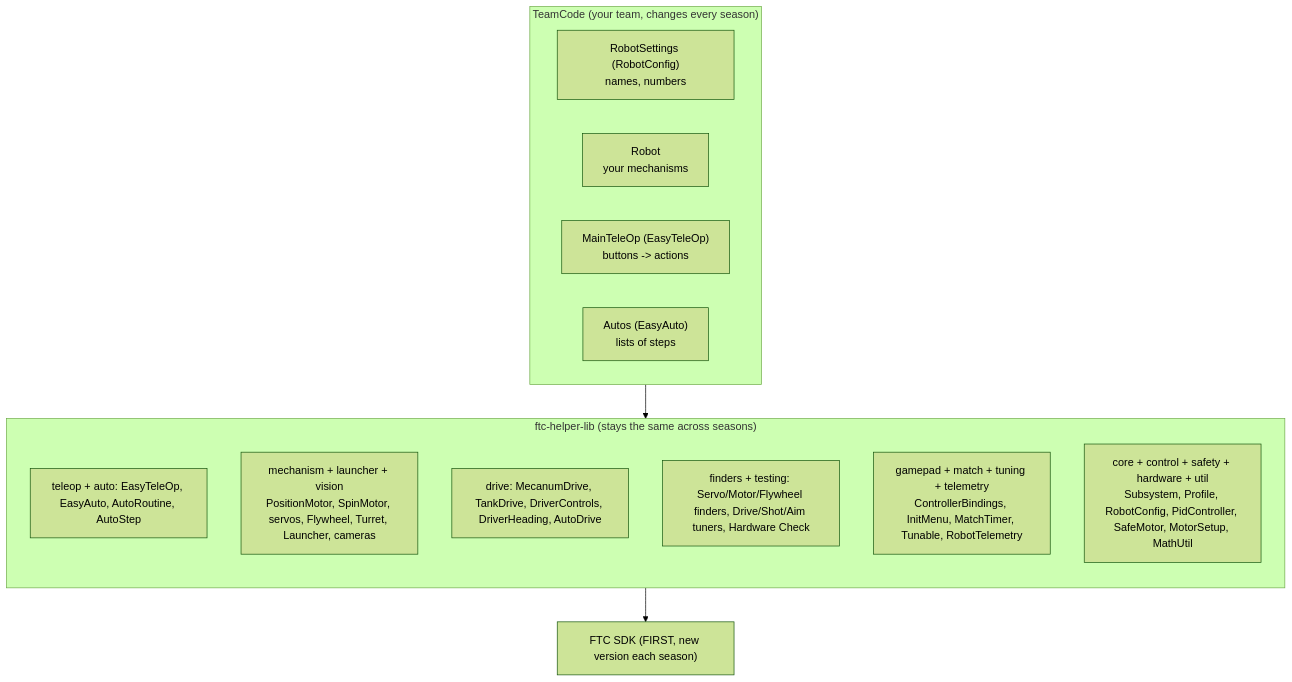
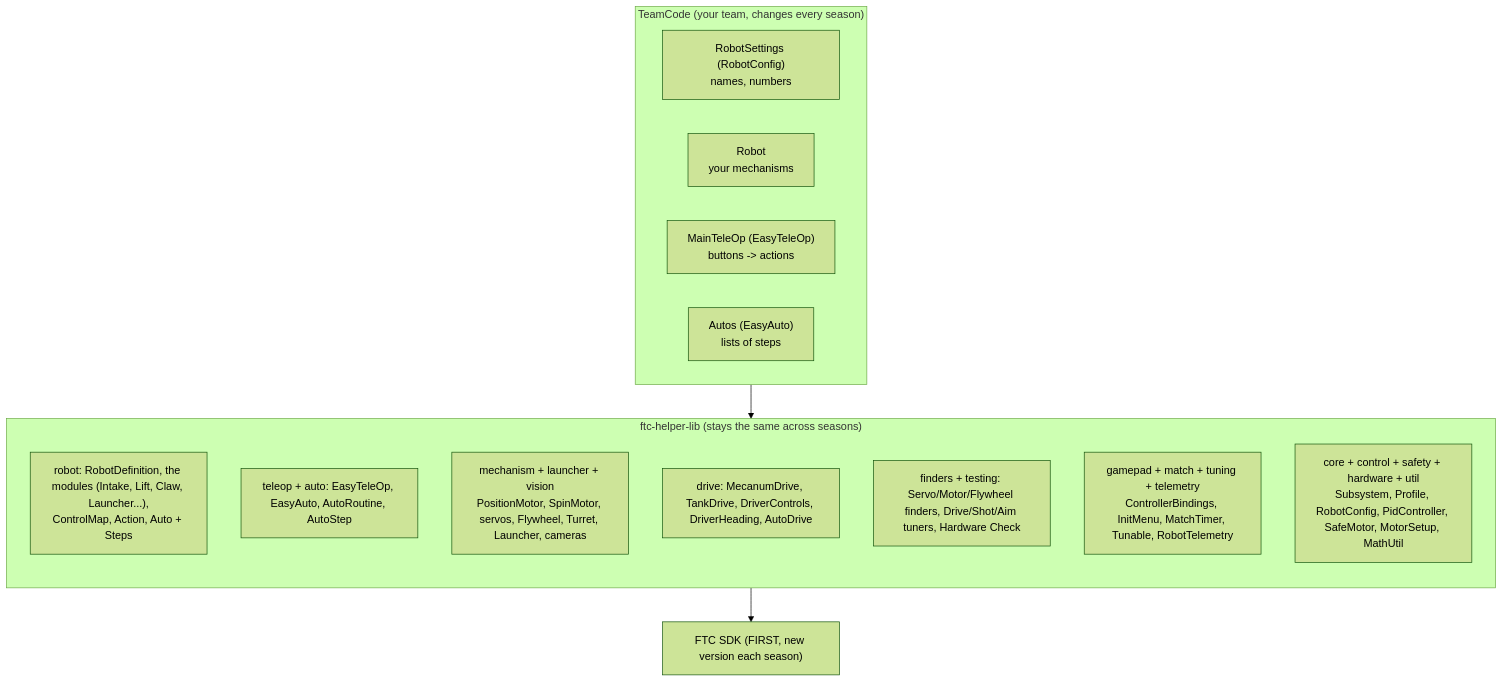
The first of 2 diagrams in docs/guides/architecture.md (crossbotics/ftc-helper-lib), drawn with Mermaid (forest theme) before and after one commit. The commit also changed other lines of this file and 68 other files, not shown here.

First line of the commit message:
The robot in five files: modules, Tunables, Controls, Actions, autos

````diff
--- a/docs/guides/architecture.md
+++ b/docs/guides/architecture.md
@@ -7,20 +7,21 @@
 ```mermaid
 flowchart TB
     subgraph TEAM["TeamCode (your team, changes every season)"]
         RS["RobotSettings (RobotConfig)<br/>names, numbers"]
         RB["Robot<br/>your mechanisms"]
         TO["MainTeleOp (EasyTeleOp)<br/>buttons -> actions"]
         AU["Autos (EasyAuto)<br/>lists of steps"]
     end
     subgraph LIB["ftc-helper-lib (stays the same across seasons)"]
         direction TB
+        R["robot: RobotDefinition, the modules (Intake, Lift, Claw, Launcher...),<br/>ControlMap, Action, Auto + Steps"]
         A["teleop + auto: EasyTeleOp, EasyAuto, AutoRoutine, AutoStep"]
         M["mechanism + launcher + vision<br/>PositionMotor, SpinMotor, servos, Flywheel, Turret, Launcher, cameras"]
         D["drive: MecanumDrive, TankDrive, DriverControls, DriverHeading, AutoDrive"]
         FI["finders + testing: Servo/Motor/Flywheel finders, Drive/Shot/Aim tuners, Hardware Check"]
         G["gamepad + match + tuning + telemetry<br/>ControllerBindings, InitMenu, MatchTimer, Tunable, RobotTelemetry"]
         C["core + control + safety + hardware + util<br/>Subsystem, Profile, RobotConfig, PidController, SafeMotor, MotorSetup, MathUtil"]
     end
     SDK["FTC SDK (FIRST, new version each season)"]
     TEAM --> LIB --> SDK
 ```
````
